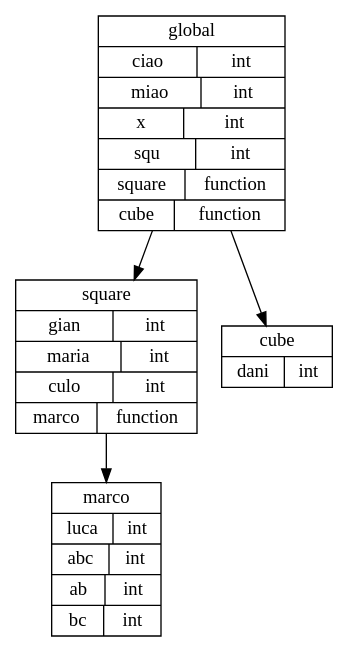
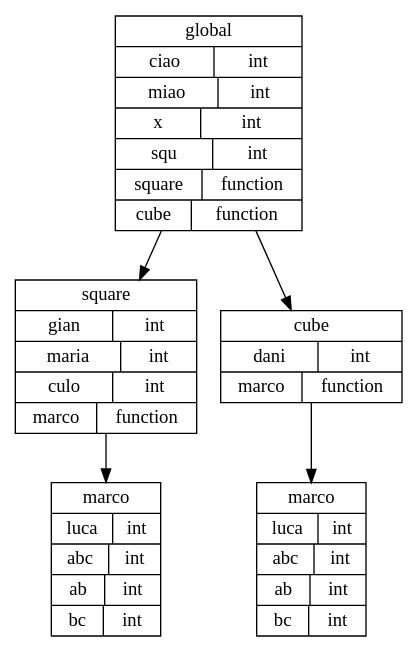
The diagram in symtab.gv (AloveIs/COT_lab), drawn with Graphviz before and after one commit. The commit also changed 211 other files, not shown here.

```diff
--- a/symtab.gv
+++ b/symtab.gv
@@ -1,9 +1,11 @@
 digraph "Symbol Table" {
-	140700635995488 [label="{global|{ciao|int}|{miao|int}|{x|int}|{squ|int}|{square|function}|{cube|function}}" shape=record]
-	140700635995488 -> 140700635995576
-	140700635995488 -> 140700635995752
-	140700635995576 [label="{square|{gian|int}|{maria|int}|{culo|int}|{marco|function}}" shape=record]
-	140700635995576 -> 140700635995664
-	140700635995664 [label="{marco|{luca|int}|{abc|int}|{ab|int}|{bc|int}}" shape=record]
-	140700635995752 [label="{cube|{dani|int}}" shape=record]
+	140245727756632 [label="{global|{ciao|int}|{miao|int}|{x|int}|{squ|int}|{square|function}|{cube|function}}" shape=record]
+	140245727756632 -> 140245727756720
+	140245727756632 -> 140245727756896
+	140245727756896 [label="{cube|{dani|int}|{marco|function}}" shape=record]
+	140245727756896 -> 140245727756984
+	140245727756984 [label="{marco|{luca|int}|{abc|int}|{ab|int}|{bc|int}}" shape=record]
+	140245727756808 [label="{marco|{luca|int}|{abc|int}|{ab|int}|{bc|int}}" shape=record]
+	140245727756720 [label="{square|{gian|int}|{maria|int}|{culo|int}|{marco|function}}" shape=record]
+	140245727756720 -> 140245727756808
 }
```
